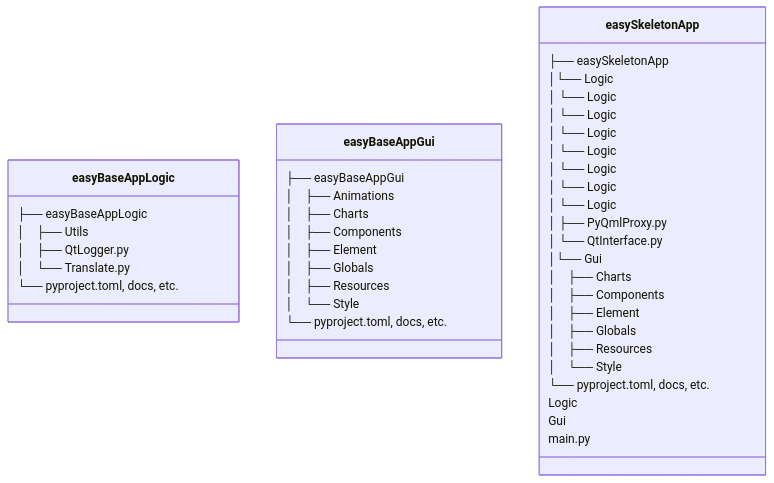
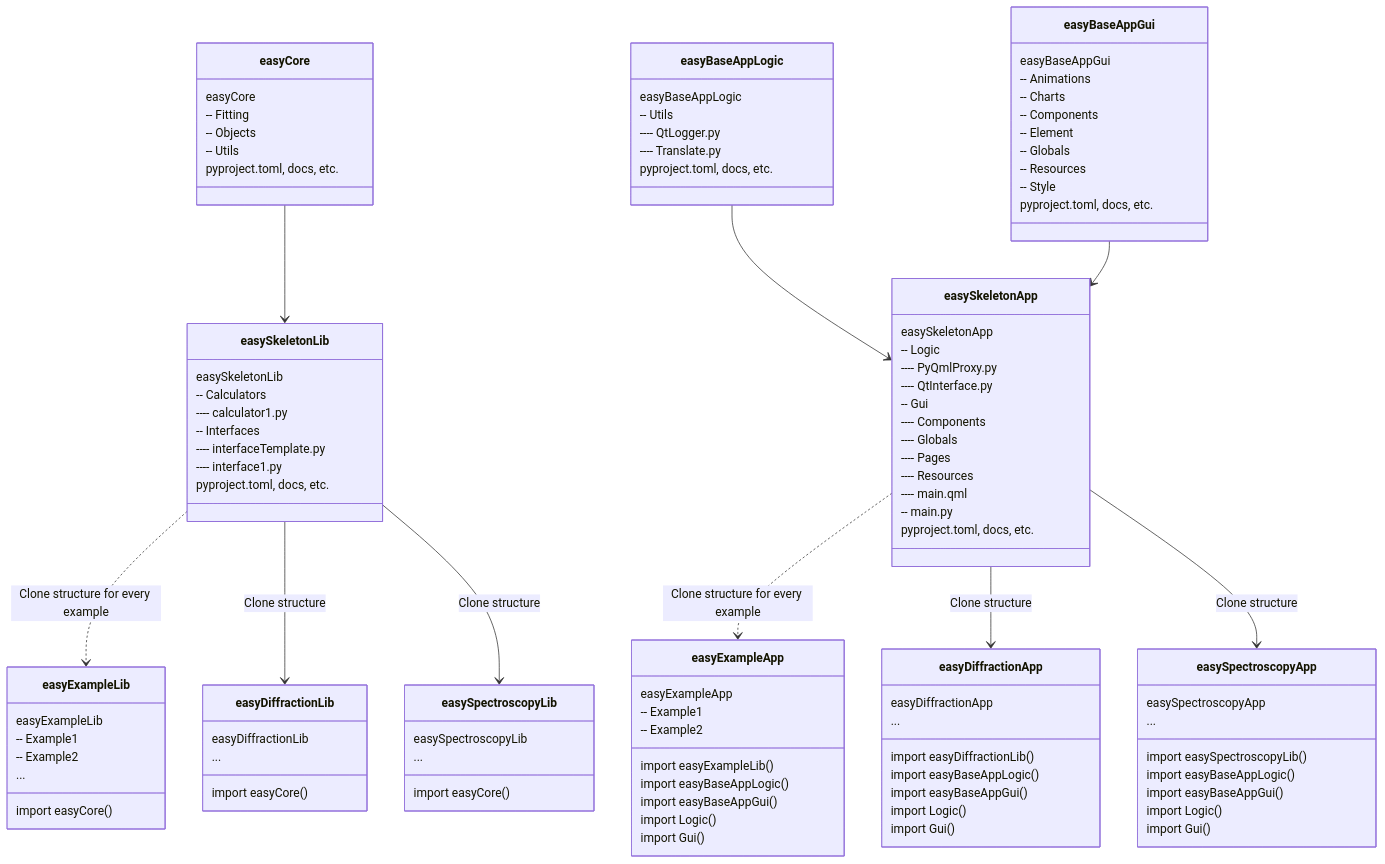
The fifth of 6 diagrams in easyScience.md (easyScience/easyScience), drawn with Mermaid before and after one commit. The commit also changed other lines of this file, not shown here.

````diff
--- a/easyScience.md
+++ b/easyScience.md
@@ -92,48 +91,128 @@
 ```mermaid
 classDiagram
 
+%% binding
+
+easyCore --> easySkeletonLib
+easySkeletonLib ..> easyExampleLib : Clone structure for every example
+easySkeletonLib --> easyDiffractionLib : Clone structure
+easySkeletonLib --> easySpectroscopyLib : Clone structure
+
+easyBaseAppLogic --> easySkeletonApp
+easyBaseAppGui --> easySkeletonApp
+easySkeletonApp ..> easyExampleApp : Clone structure for every example
+easySkeletonApp --> easyDiffractionApp : Clone structure
+easySkeletonApp --> easySpectroscopyApp : Clone structure
+
+%%easyExampleLib --> easyExampleApp
+%%easyDiffractionLib --> easyDiffractionApp
+%%%easySpectroscopyLib --> easySpectroscopyApp
+
+%% easyLibs
+
+class easyCore {
+easyCore
+-- Fitting
+-- Objects
+-- Utils
+pyproject.toml, docs, etc.
+}
+
+class easySkeletonLib {
+easySkeletonLib
+-- Calculators
+---- calculator1.py
+-- Interfaces
+---- interfaceTemplate.py
+---- interface1.py
+pyproject.toml, docs, etc.
+}
+
+class easyExampleLib {
+easyExampleLib
+-- Example1
+-- Example2
+...
+import easyCore()
+}
+
+class easyDiffractionLib {
+easyDiffractionLib
+...
+import easyCore()
+}
+
+class easySpectroscopyLib {
+easySpectroscopyLib
+...
+import easyCore()
+}
+
+%% easyApps
+
 class easyBaseAppLogic {
-├── easyBaseAppLogic
-│⠀  ├── Utils
-│⠀  ├── QtLogger.py
-│⠀  └── Translate.py
-└── pyproject.toml, docs, etc.
+easyBaseAppLogic
+-- Utils
+---- QtLogger.py
+---- Translate.py
+pyproject.toml, docs, etc.
 }
 
 class easyBaseAppGui {
-├── easyBaseAppGui
-│⠀  ├── Animations
-│⠀  ├── Charts
-│⠀  ├── Components
-│⠀  ├── Element
-│⠀  ├── Globals
-│⠀  ├── Resources
-│⠀  └── Style
-└── pyproject.toml, docs, etc.
+easyBaseAppGui
+-- Animations
+-- Charts
+-- Components
+-- Element
+-- Globals
+-- Resources
+-- Style
+pyproject.toml, docs, etc.
 }
 
 class easySkeletonApp {
-├── easySkeletonApp
-│└── Logic
-│ └── Logic
-│  └── Logic
-│   └── Logic
-│    └── Logic
-│     └── Logic
-│      └── Logic
-│       └── Logic
-│            ├── PyQmlProxy.py
-│   └── QtInterface.py
-│└── Gui
-│⠀ ├── Charts
-│⠀ ├── Components
-│⠀ ├── Element
-│⠀ ├── Globals
-│⠀ ├── Resources
-│⠀ └── Style
-└── pyproject.toml, docs, etc.
-Logic
-Gui
-main.py
+easySkeletonApp
+-- Logic
+---- PyQmlProxy.py
+---- QtInterface.py
+-- Gui
+---- Components
+---- Globals
+---- Pages
+---- Resources
+---- main.qml
+-- main.py
+pyproject.toml, docs, etc.
+}
+
+class easyExampleApp {
+easyExampleApp
+-- Example1
+-- Example2
+import easyExampleLib()
+import easyBaseAppLogic()
+import easyBaseAppGui()
+import Logic()
+import Gui()
+}
+
+class easyDiffractionApp {
+easyDiffractionApp
+...
+import easyDiffractionLib()
+import easyBaseAppLogic()
+import easyBaseAppGui()
+import Logic()
+import Gui()
+}
+
+class easySpectroscopyApp {
+easySpectroscopyApp
+...
+import easySpectroscopyLib()
+import easyBaseAppLogic()
+import easyBaseAppGui()
+import Logic()
+import Gui()
 }
 ```
````
